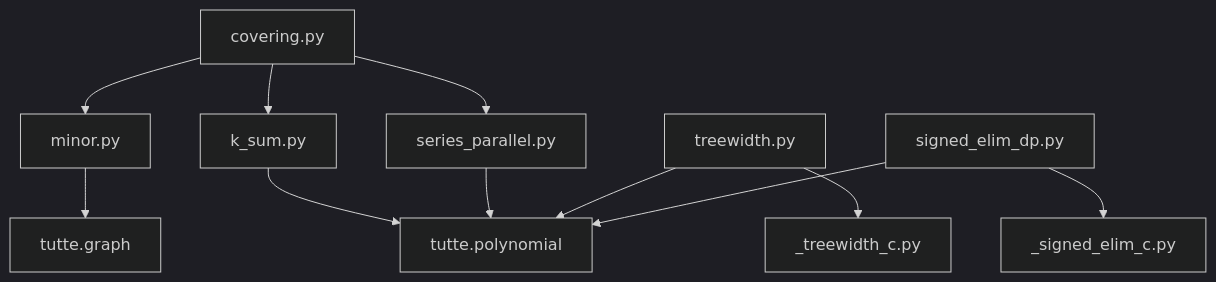
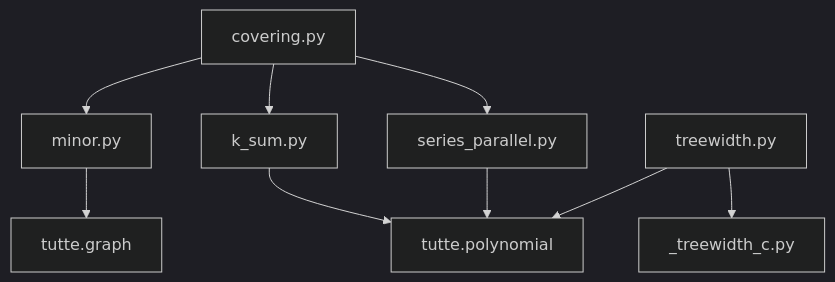
One commit to QuipNetwork/quip-protocol changed the diagram in tutte/graphs/README.md. Above: the diagram before and after it, drawn with Mermaid (dark theme). The commit also changed other lines of this file and 21 other files, not shown here.

````diff
--- a/tutte/graphs/README.md
+++ b/tutte/graphs/README.md
@@ -24,13 +22,11 @@
 ```mermaid
 graph TD
     C[covering.py] --> M[minor.py]
     C --> KS[k_sum.py]
     C --> SP[series_parallel.py]
     KS --> P[tutte.polynomial]
     SP --> P
     M --> G[tutte.graph]
     TW[treewidth.py] --> TWC[_treewidth_c.py]
     TW --> P
-    SED[signed_elim_dp.py] --> SEC[_signed_elim_c.py]
-    SED --> P
 ```
````
